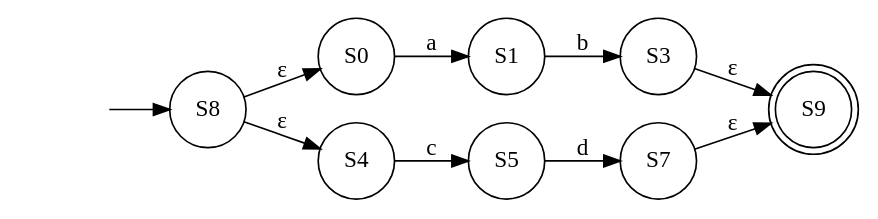
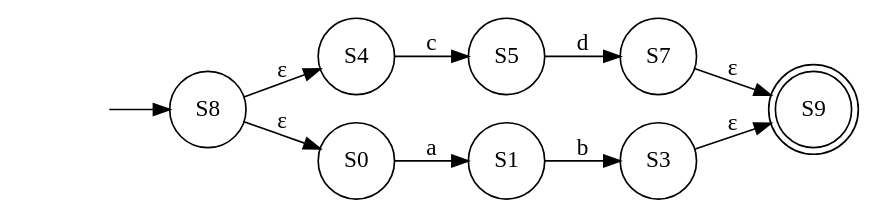
Before and after one commit to youssefhassan01/Compilers_Assignment: the diagram in NFA Visualization.gv, drawn with Graphviz. The commit also changed other lines of this file and 2 other files, not shown here.

```diff
--- a/NFA Visualization.gv
+++ b/NFA Visualization.gv
@@ -1,21 +1,21 @@
 digraph "NFA Visualization" {
 	graph [rankdir=LR]
 	"" [label="" shape=plaintext]
 	S9 [label=S9 shape=doublecircle]
+	S8 [label=S8 shape=circle]
+	S5 [label=S5 shape=circle]
+	S3 [label=S3 shape=circle]
+	S4 [label=S4 shape=circle]
 	S0 [label=S0 shape=circle]
+	S7 [label=S7 shape=circle]
 	S1 [label=S1 shape=circle]
-	S7 [label=S7 shape=circle]
-	S8 [label=S8 shape=circle]
-	S4 [label=S4 shape=circle]
-	S3 [label=S3 shape=circle]
-	S5 [label=S5 shape=circle]
 	"" -> S8 [label=""]
 	S0 -> S1 [label=a]
 	S1 -> S3 [label=b]
 	S3 -> S9 [label="ε"]
 	S4 -> S5 [label=c]
 	S5 -> S7 [label=d]
 	S7 -> S9 [label="ε"]
 	S8 -> S0 [label="ε"]
 	S8 -> S4 [label="ε"]
 }
```
